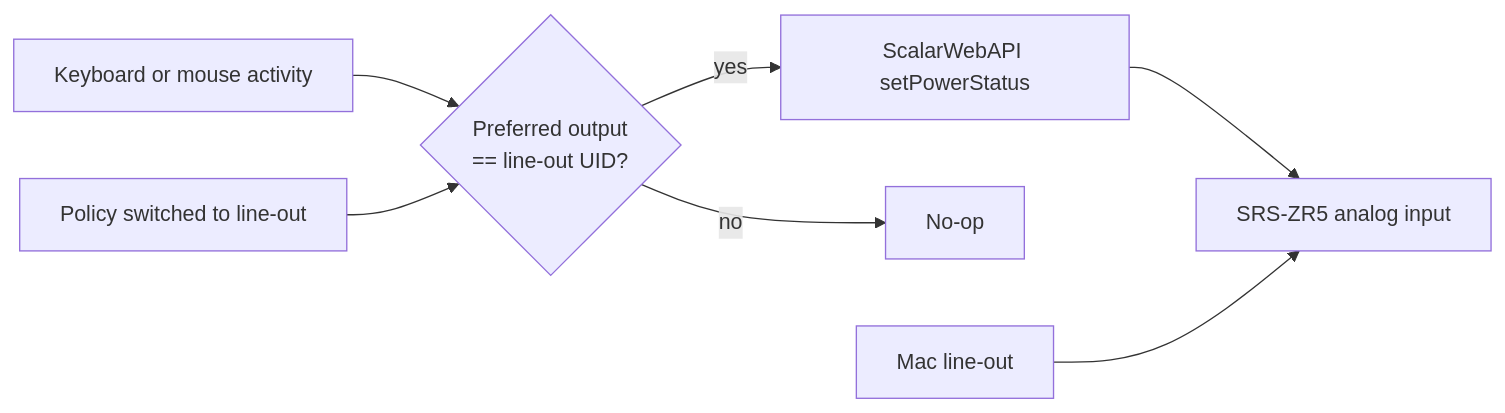
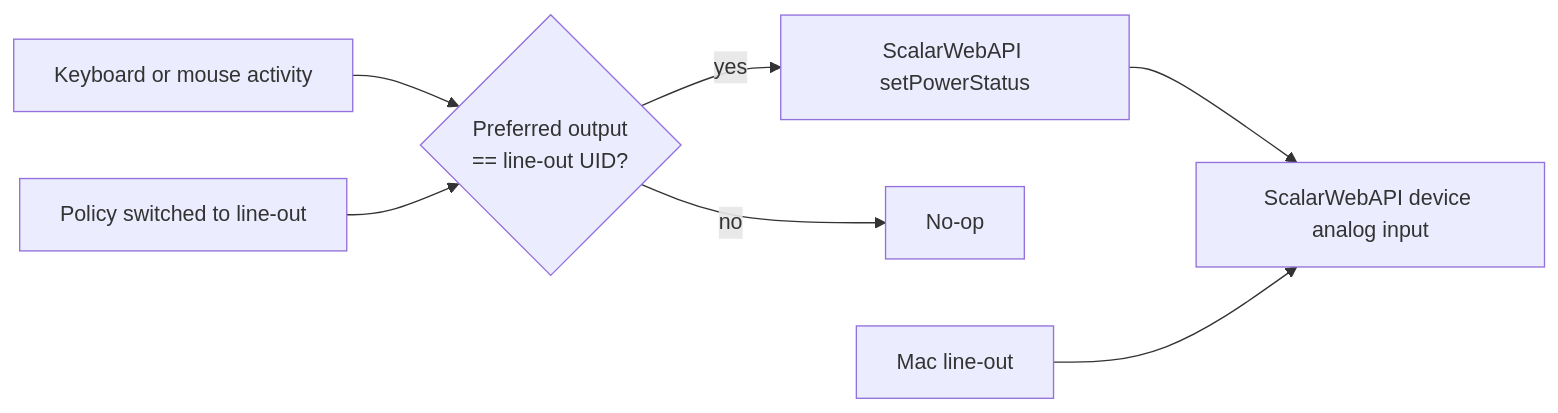
The first of 3 diagrams in IMPLEMENTATION_PLAN.md (the-hcma/rusty-jack), drawn with Mermaid before and after one commit. The commit also changed other lines of this file and 21 other files, not shown here.

Commit message:
refactor: rename speaker wake support to ScalarWebAPI device (#13)

````diff
--- a/IMPLEMENTATION_PLAN.md
+++ b/IMPLEMENTATION_PLAN.md
@@ -156,9 +155,9 @@
 ```mermaid
 flowchart LR
     Input[Keyboard or mouse activity] --> Gate{Preferred output\n== line-out UID?}
     Policy[Policy switched to line-out] --> Gate
     Gate -->|yes| ScalarAPI[ScalarWebAPI setPowerStatus]
     Gate -->|no| Skip[No-op]
-    ScalarAPI --> ZR5[SRS-ZR5 analog input]
-    MacOut[Mac line-out] --> ZR5
+    ScalarAPI --> Device[ScalarWebAPI device analog input]
+    MacOut[Mac line-out] --> Device
 ```
````
